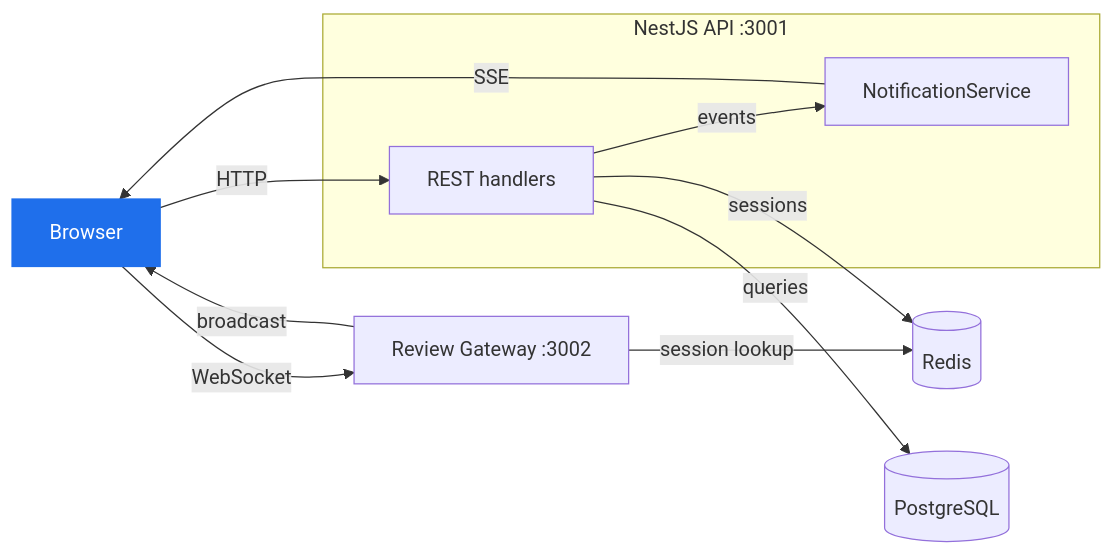
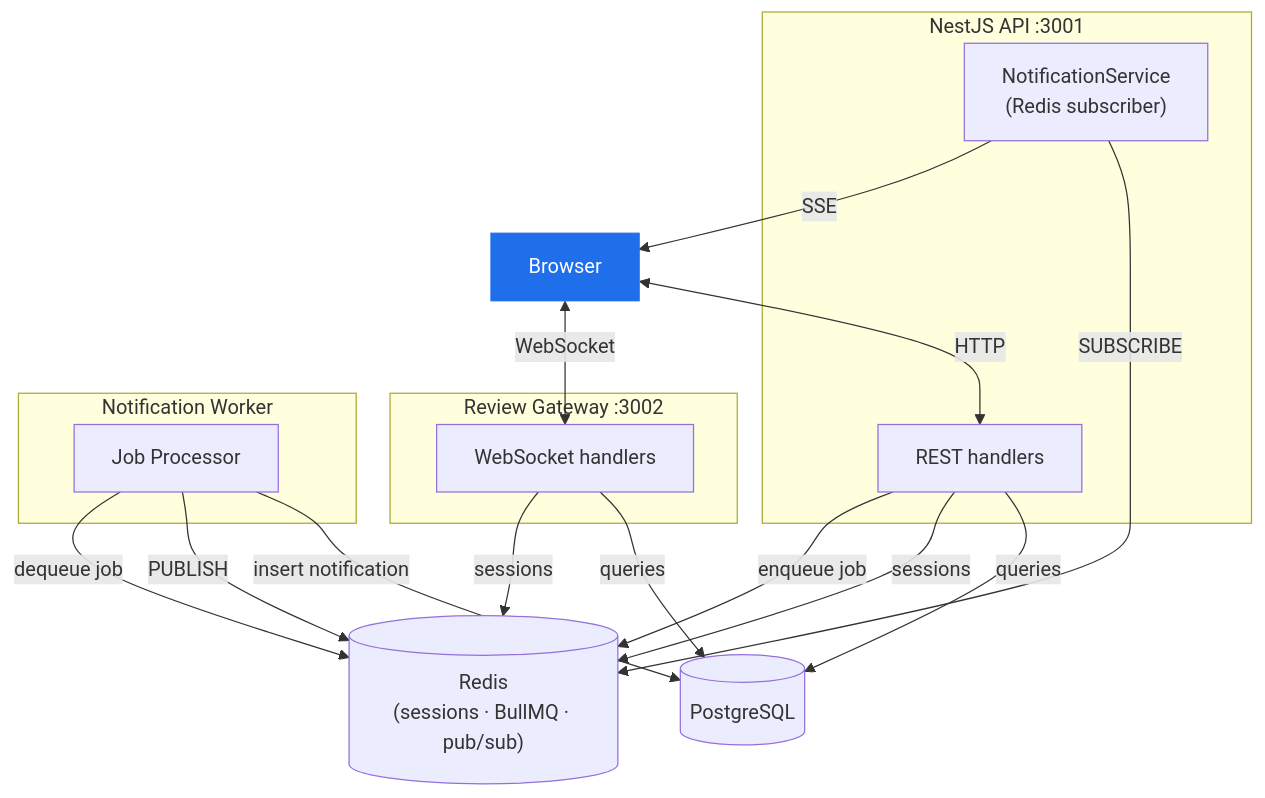
One commit to Andrei0872/decentdebates changed the first of 2 diagrams in readme.md. Above: the diagram before and after it, drawn with Mermaid. The commit also changed other lines of this file, not shown here.

Commit message:
docs: notification worker addition & architecture diagram

````diff
--- a/readme.md
+++ b/readme.md
@@ -50,24 +52,39 @@
 ```mermaid
-graph LR
+graph TB
     Browser
 
     subgraph NEST ["NestJS API :3001"]
         API["REST handlers"]
-        NS["NotificationService"]
+        NS["NotificationService\n(Redis subscriber)"]
     end
 
-    Redis[("Redis")]
+    subgraph GWS ["Review Gateway :3002"]
+        GW["WebSocket handlers"]
+    end
+
+    subgraph WORKER ["Notification Worker"]
+        NW["Job Processor"]
+    end
+
+    Redis[("Redis\n(sessions · BullMQ · pub/sub)")]
     PG[("PostgreSQL")]
 
-    Browser -->|HTTP| API
+    Browser <-->|HTTP| API
+    Browser <-->|WebSocket| GW
+    NS -->|SSE| Browser
+
+    API -->|enqueue job| Redis
     API -->|sessions| Redis
     API -->|queries| PG
-    API -->|events| NS
-    NS -->|SSE| Browser
 
-    Browser -->|WebSocket| GW["Review Gateway :3002"]
-    GW -->|session lookup| Redis
-    GW -->|broadcast| Browser
+    GW -->|sessions| Redis
+    GW -->|queries| PG
+
+    NW -->|dequeue job| Redis
+    NW -->|PUBLISH| Redis
+    NW -->|insert notification| PG
+
+    NS -->|SUBSCRIBE| Redis
 
     style Browser fill:#1f6feb,color:#fff,stroke:#1f6feb
 ```
````
